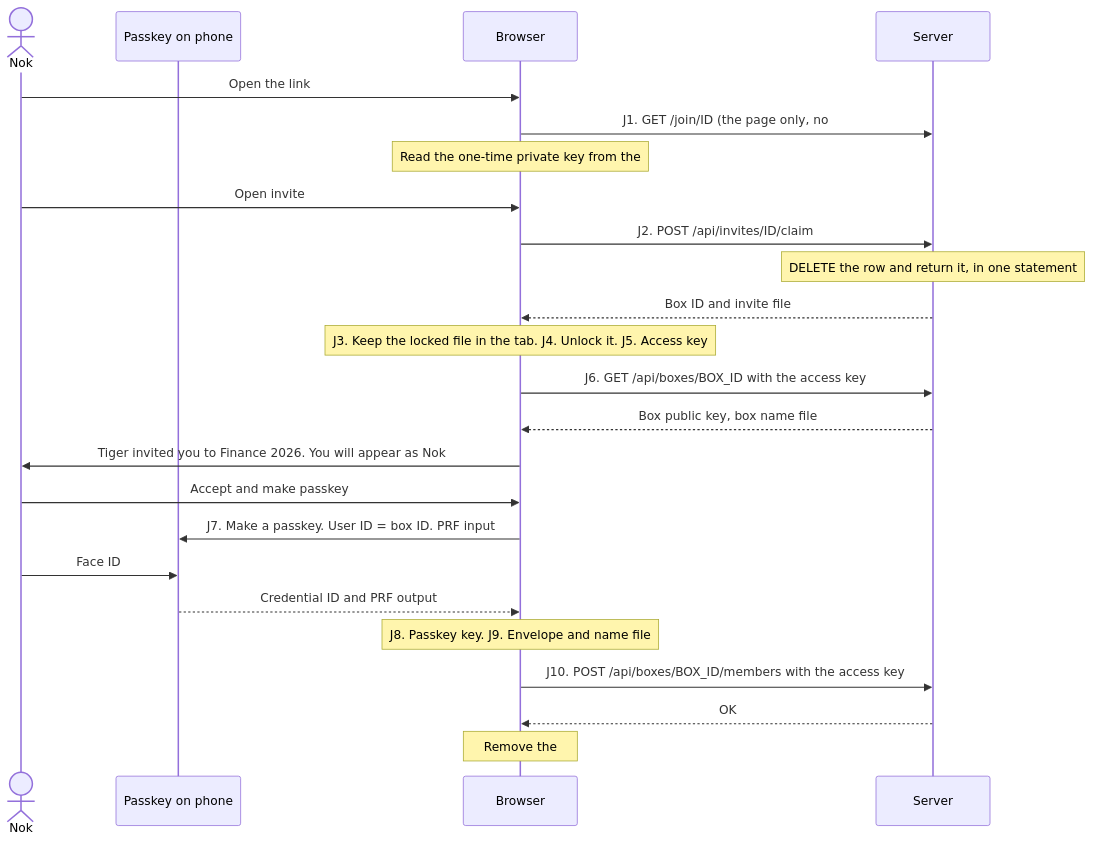
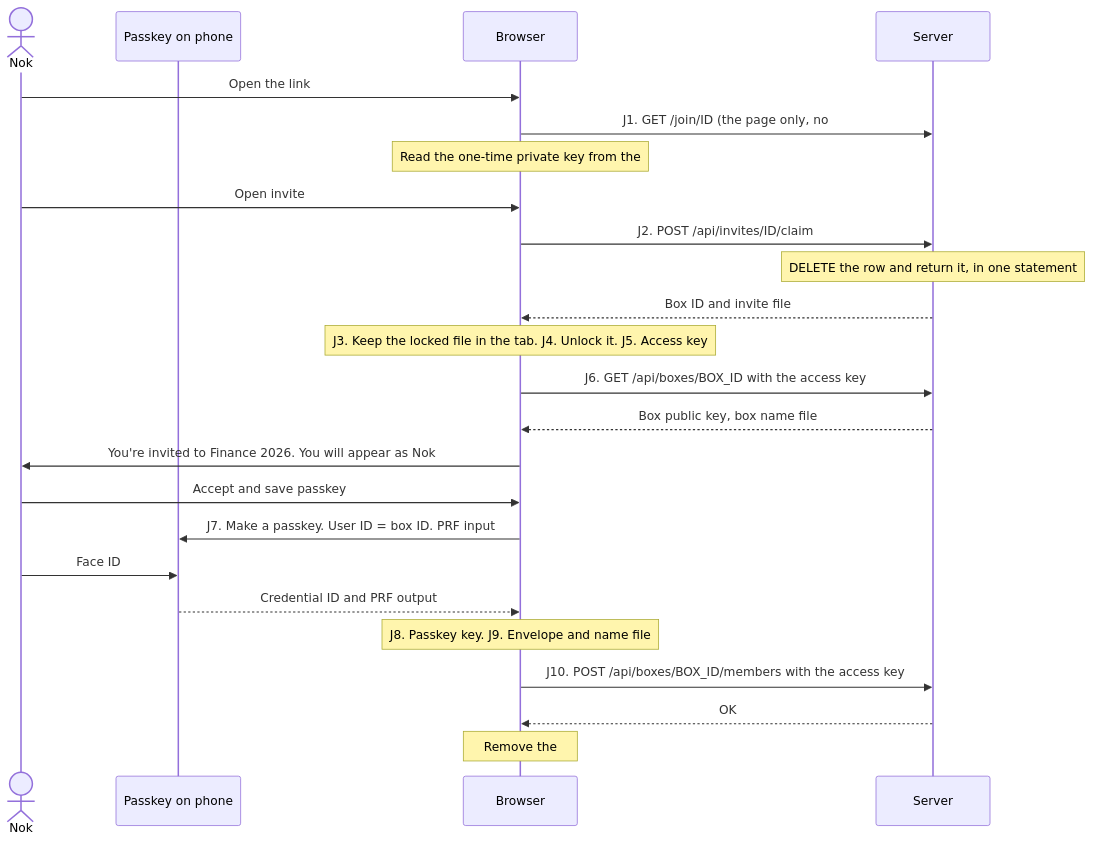
One commit to intaniger/secretbox changed the first of 2 diagrams in docs/05-use-invite.md. Above: the diagram before and after it, drawn with Mermaid. The commit also changed other lines of this file and 26 other files, not shown here.

````diff
--- a/docs/05-use-invite.md
+++ b/docs/05-use-invite.md
@@ -35,26 +35,26 @@
 ```mermaid
 sequenceDiagram
   actor N as Nok
   participant P as Passkey on phone
   participant B as Browser
   participant S as Server
   N->>B: Open the link
   B->>S: J1. GET /join/ID (the page only, no # part)
   Note over B: Read the one-time private key from the # part
   N->>B: Open invite
   B->>S: J2. POST /api/invites/ID/claim
   Note over S: DELETE the row and return it, in one statement
   S-->>B: Box ID and invite file
   Note over B: J3. Keep the locked file in the tab. J4. Unlock it. J5. Access key
   B->>S: J6. GET /api/boxes/BOX_ID with the access key
   S-->>B: Box public key, box name file
-  B->>N: Tiger invited you to Finance 2026. You will appear as Nok
-  N->>B: Accept and make passkey
+  B->>N: You're invited to Finance 2026. You will appear as Nok
+  N->>B: Accept and save passkey
   B->>P: J7. Make a passkey. User ID = box ID. PRF input
   N->>P: Face ID
   P-->>B: Credential ID and PRF output
   Note over B: J8. Passkey key. J9. Envelope and name file
   B->>S: J10. POST /api/boxes/BOX_ID/members with the access key
   S-->>B: OK
   Note over B: Remove the # part from the address. The box is open
 ```
````
